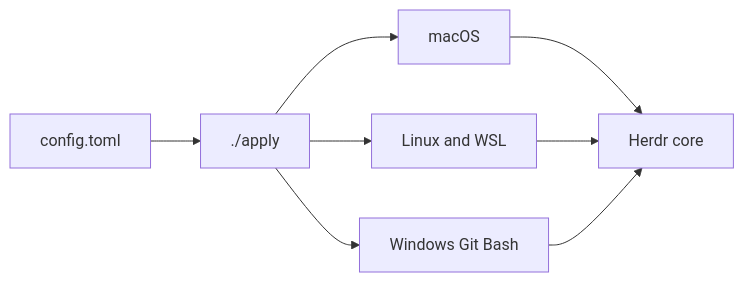
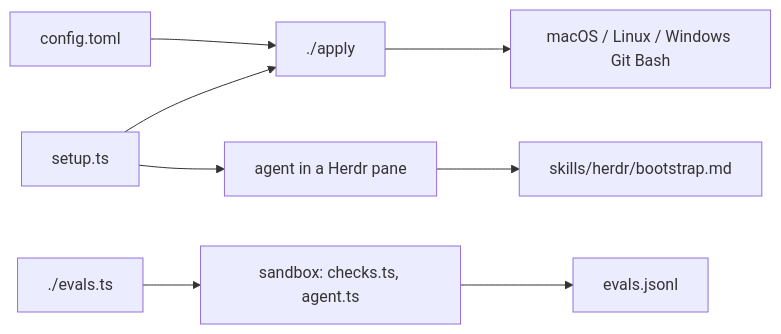
One commit to tyler-jewell/herdr changed the diagram in README.md. Above: the diagram before and after it, drawn with Mermaid. The commit also changed other lines of this file and 45 other files, not shown here.

First line of the commit message:
Flatten the repo, isolate the agent eval, and run setup anywhere

````diff
--- a/README.md
+++ b/README.md
@@ -15,8 +17,8 @@
 ```mermaid
 flowchart LR
-  src[config.toml] --> apply[./apply]
-  apply --> mac[macOS]
-  apply --> linux[Linux and WSL]
-  apply --> win[Windows Git Bash]
-  mac & linux & win --> core[Herdr core]
+  setup[setup.ts] --> apply[./apply]
+  config[config.toml] --> apply
+  apply --> machine[macOS / Linux / Windows Git Bash]
+  setup --> agent[agent in a Herdr pane] --> bootstrap[skills/herdr/bootstrap.md]
+  evals[./evals.ts] --> sandbox[sandbox: checks.ts, agent.ts] --> results[evals.jsonl]
 ```
````
